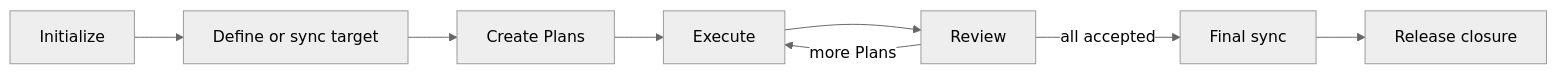
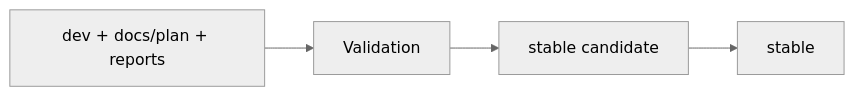
One commit to 6ixGODD/mine-is-not-everyones changed the fourth of 4 diagrams in docs/concepts.md. Above: the diagram before and after it, drawn with Mermaid (neutral theme). The commit also changed other lines of this file and 20 other files, not shown here.

First line of the commit message:
release: v0.1.4 - scope-first mine-plan-create

````diff
--- a/docs/concepts.md
+++ b/docs/concepts.md
@@ -134,10 +714,6 @@
 ```mermaid
 flowchart LR
-    I[Initialize] --> T[Define or sync target]
-    T --> P[Create Plans]
-    P --> E[Execute]
-    E --> R[Review]
-    R -->|more Plans| E
-    R -->|all accepted| S[Final sync]
-    S --> C[Release closure]
+    DEV[dev + docs/plan + reports] --> V[Validation]
+    V --> C[stable candidate]
+    C --> S[stable]
 ```
````
